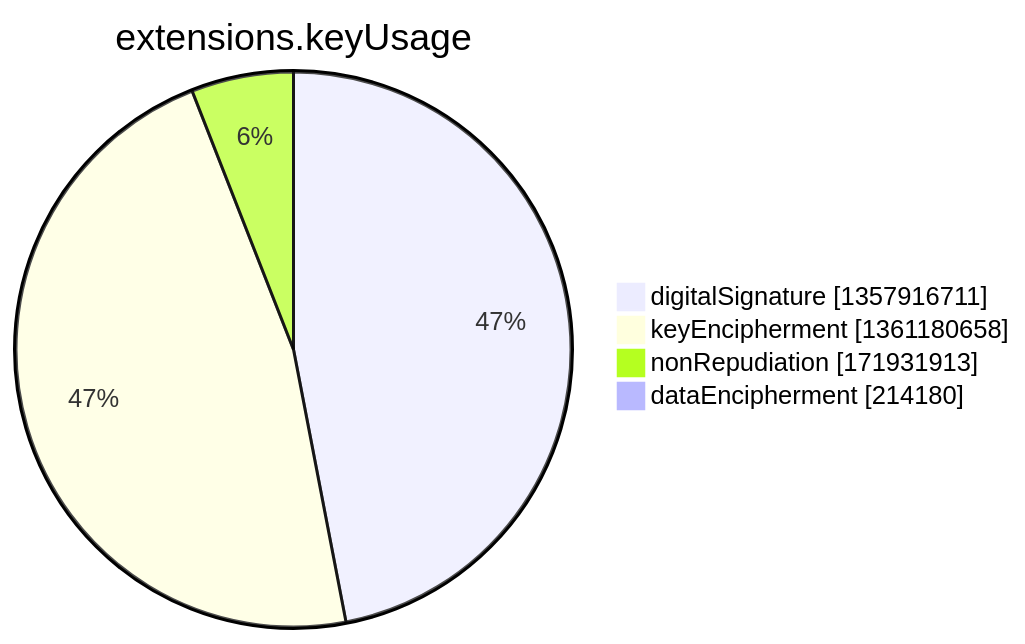
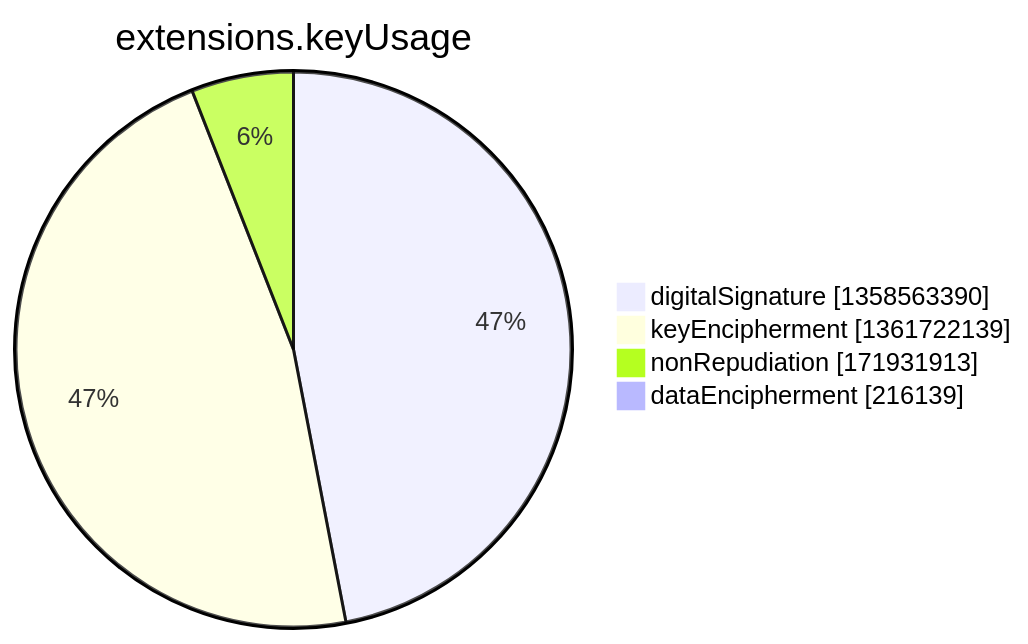
One commit to christiankrug/ctmonitor_visualization changed the seventh of 15 diagrams in argon2022/README.md. Above: the diagram before and after it, drawn with Mermaid. The commit also changed other lines of this file, not shown here.

````diff
--- a/argon2022/README.md
+++ b/argon2022/README.md
@@ -2750,8 +2750,8 @@
 ```mermaid
 pie showData
 title extensions.keyUsage
-"digitalSignature" :1357916711
-"keyEncipherment" :1361180658
+"digitalSignature" :1358563390
+"keyEncipherment" :1361722139
 "nonRepudiation" :171931913
-"dataEncipherment" :214180
+"dataEncipherment" :216139
 ```
````
